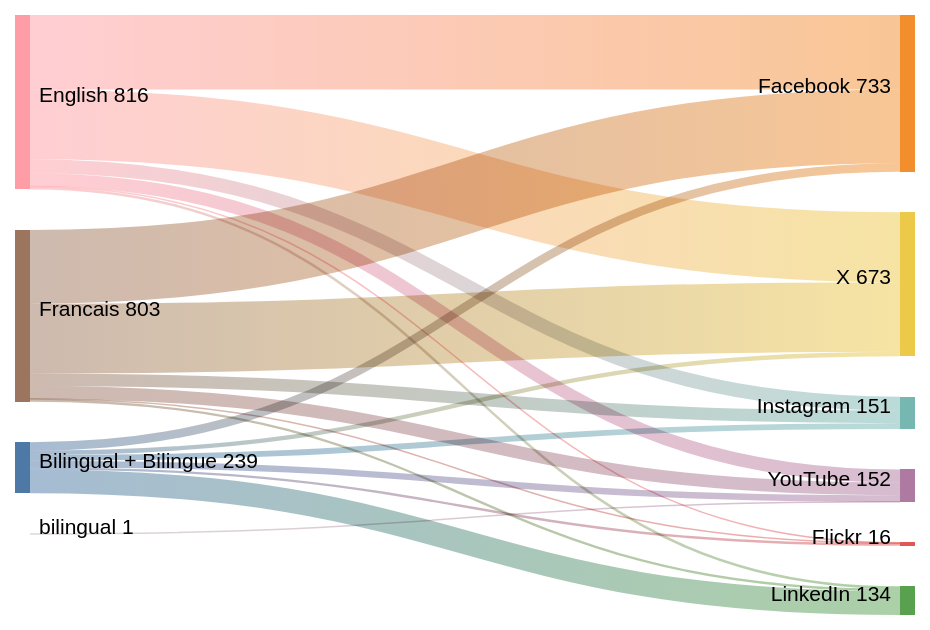
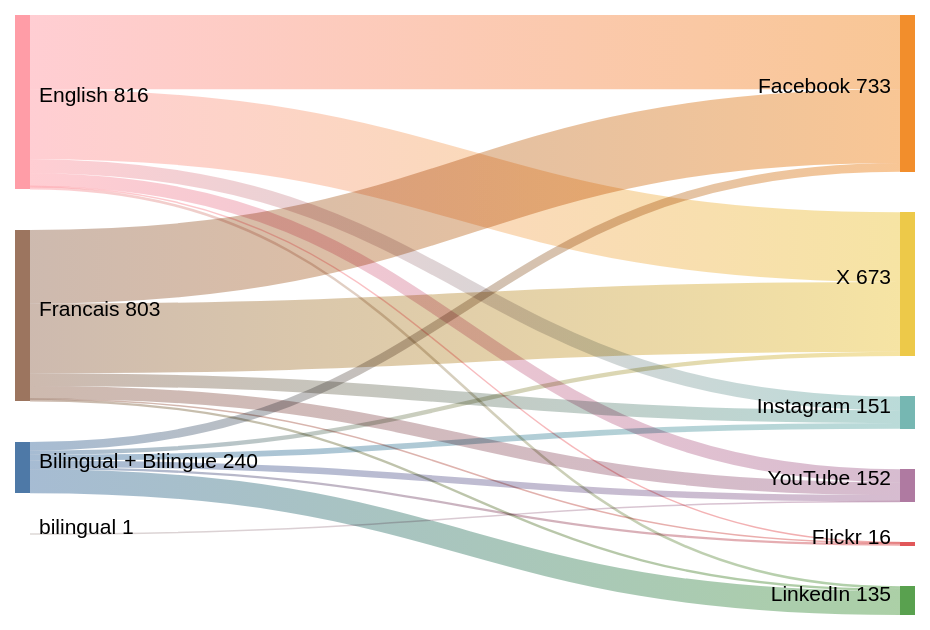
One commit to PatLittle/GC-Socials changed the diagram in sankey_diagram.md. Above: the diagram before and after it, drawn with Mermaid (forest theme).

Commit message:
Update Sankey diagram for the most recent day

````diff
--- a/sankey_diagram.md
+++ b/sankey_diagram.md
@@ -1,22 +1,22 @@
 ```mermaid
 sankey-beta
   Bilingual + Bilingue,Facebook,40
   Bilingual + Bilingue,Flickr,11
   Bilingual + Bilingue,Instagram,27
-  Bilingual + Bilingue,LinkedIn,111
+  Bilingual + Bilingue,LinkedIn,112
   Bilingual + Bilingue,X,20
   Bilingual + Bilingue,YouTube,30
   English,Facebook,348
   English,Flickr,3
   English,Instagram,65
   English,LinkedIn,12
   English,X,327
   English,YouTube,61
   Francais,Facebook,345
   Francais,Flickr,2
   Francais,Instagram,59
   Francais,LinkedIn,11
   Francais,X,326
   Francais,YouTube,60
   bilingual,YouTube,1
 ```
````
